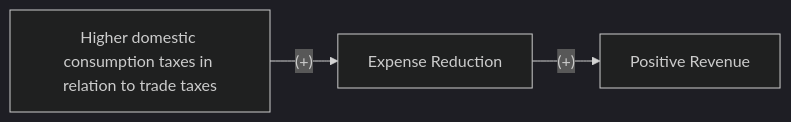
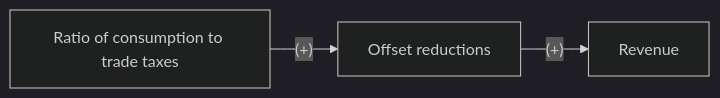
One commit to ecn310/course-project-taxes-tariffs changed the third of 3 diagrams in Paper_Summaries.md. Above: the diagram before and after it, drawn with Mermaid (dark theme). The commit also changed other lines of this file, not shown here.

Commit message:
Updated third flowchart + theory.md

````diff
--- a/Paper_Summaries.md
+++ b/Paper_Summaries.md
@@ -45,4 +45,4 @@
 ```mermaid
 flowchart LR
-A["Higher domestic consumption taxes in relation to trade taxes<br>"] --(+)--> B["Expense Reduction"] --(#43;)--> C["Positive Revenue"]
+A["Ratio of consumption to trade taxes<br>"] --(+)--> B["Offset reductions"] --(#43;)--> C["Revenue"]
 ```
````
